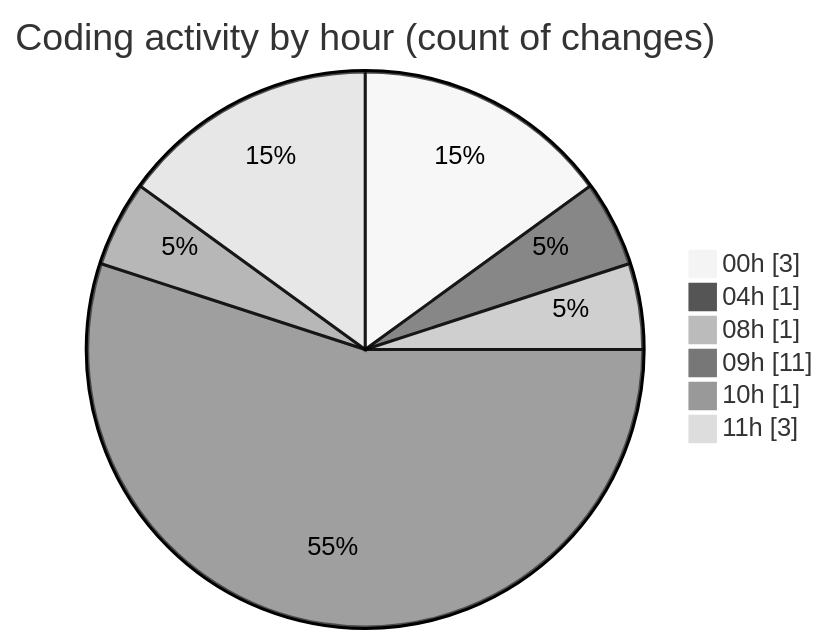
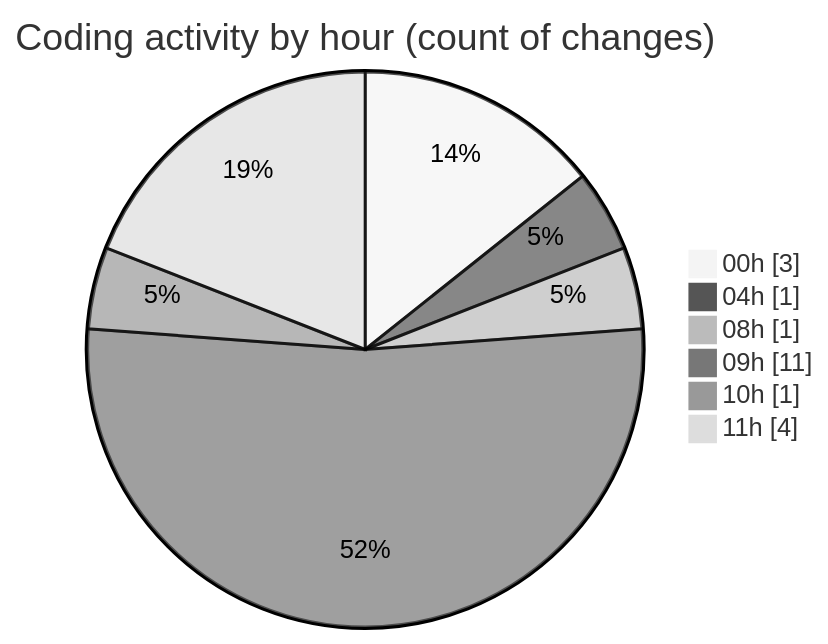
One commit to tmsrecording-cyber/code-tracking changed the second of 2 diagrams in 2026-02-03/singularitybrainai/README.md. Above: the diagram before and after it, drawn with Mermaid (neutral theme). The commit also changed other lines of this file and 1 other file, not shown here.

````diff
--- a/2026-02-03/singularitybrainai/README.md
+++ b/2026-02-03/singularitybrainai/README.md
@@ -33,10 +33,10 @@
 ```mermaid
 pie showData
 title Coding activity by hour (count of changes)
 "00h" : 3
 "04h" : 1
 "08h" : 1
 "09h" : 11
 "10h" : 1
-"11h" : 3
+"11h" : 4
 ```
````
